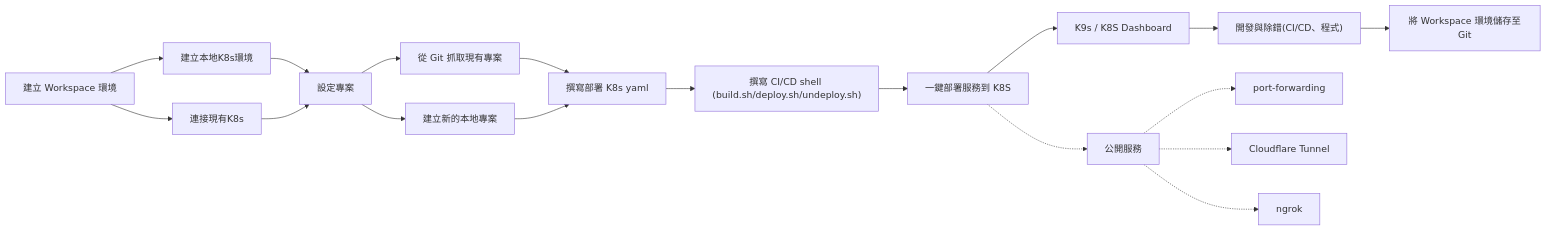
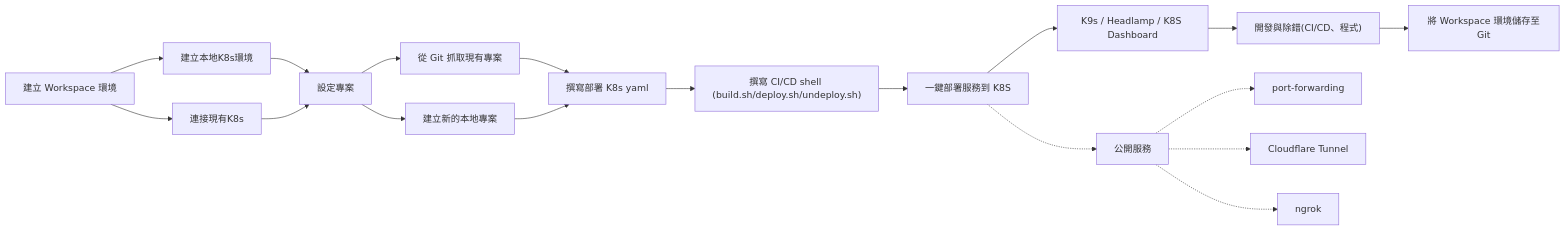
The first of 2 diagrams in README.md (r82wei/KDE-cli), drawn with Mermaid before and after one commit. The commit also changed other lines of this file, not shown here.

````diff
--- a/README.md
+++ b/README.md
@@ -48,39 +49,39 @@
 ```mermaid
 flowchart LR
     create_workspace[建立 Workspace 環境]
     create_local_k8s[建立本地K8s環境]
     add_remote_k8s[連接現有K8s]
     create_project[設定專案]
     pull_repo[從 Git 抓取現有專案]
     create_local_repo[建立新的本地專案]
     k8s_yaml[撰寫部署 K8s yaml]
     shell_script["撰寫 CI/CD shell (build.sh/deploy.sh/undeploy.sh)"]
     deploy[一鍵部署服務到 K8S]
     debug["開發與除錯(CI/CD、程式)"]
-    monitor[K9s / K8S Dashboard]
+    monitor[K9s / Headlamp / K8S Dashboard]
     expose[公開服務]
     port_forwarding[port-forwarding]
     cloudflare_tunnel[Cloudflare Tunnel]
     ngrok[ngrok]
     git_push[將 Workspace 環境儲存至Git]
 
     create_workspace--> create_local_k8s
     create_workspace--> add_remote_k8s
     create_local_k8s --> create_project
     add_remote_k8s --> create_project
     create_project --> pull_repo
     create_project --> create_local_repo
     pull_repo --> k8s_yaml
     create_local_repo --> k8s_yaml
     k8s_yaml --> shell_script
     shell_script --> deploy
     deploy --> monitor
     monitor --> debug
     debug --> git_push
     %% 公開服務
     deploy -.-> expose
     expose -.-> port_forwarding
     expose -.-> cloudflare_tunnel
     expose -.-> ngrok
 
 ```
````
